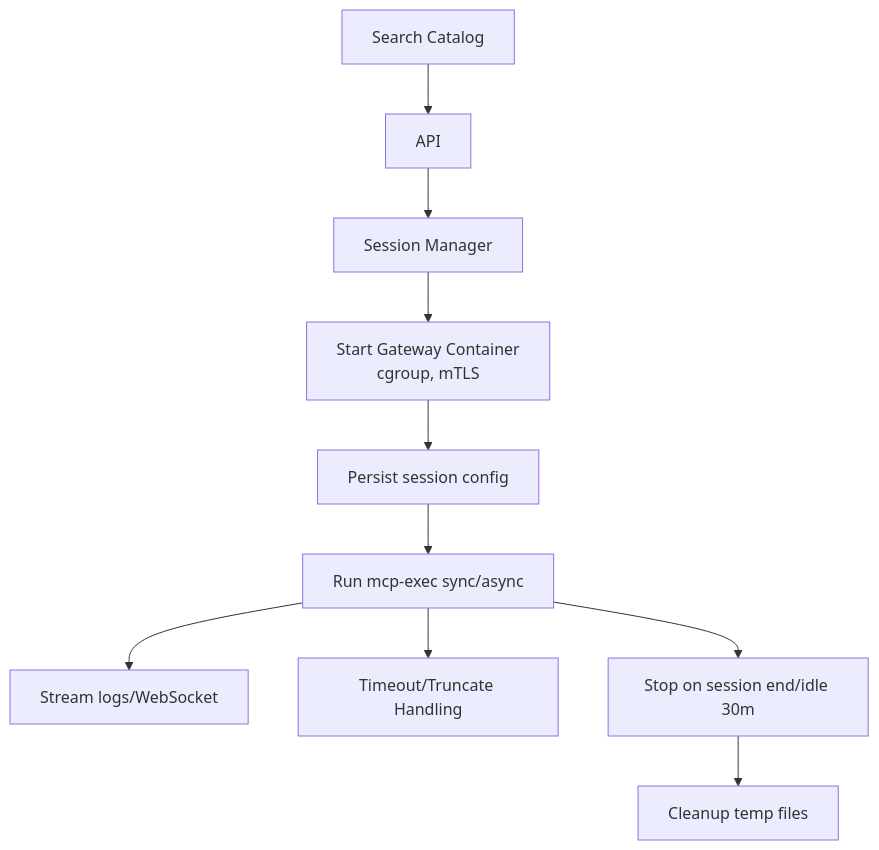
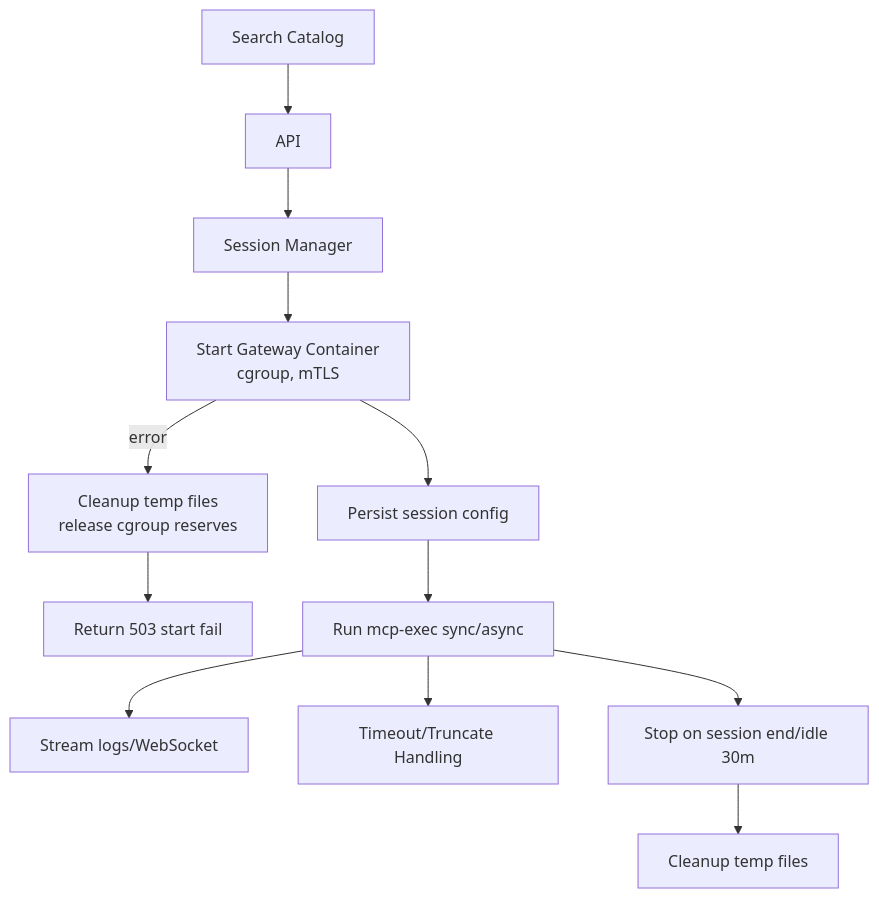
One commit to yohi/docker-mcp-gateway-web-console changed the third of 6 diagrams in .kiro/specs/mcp-catalog-enhancements/design.md. Above: the diagram before and after it, drawn with Mermaid. The commit also changed other lines of this file, not shown here.

Commit message:
feat: Refine MCP catalog enhancements design document by clarifying key design decisions, including token storage strategies, session management, and signature verification modes, while ensuring comprehensive error handling and rollback strategies for improved operational security.

````diff
--- a/.kiro/specs/mcp-catalog-enhancements/design.md
+++ b/.kiro/specs/mcp-catalog-enhancements/design.md
@@ -110,12 +110,14 @@
 ```mermaid
 graph TB
 Search[Search Catalog] --> API
 API --> SessionMgr[Session Manager]
 SessionMgr --> Start[Start Gateway Container\ncgroup, mTLS]
 Start --> StoreCfg[Persist session config]
+Start -->|error| Rollback[Cleanup temp files\nrelease cgroup reserves]
+Rollback --> Error[Return 503 start fail]
 StoreCfg --> Exec[Run mcp-exec sync/async]
 Exec --> Logs[Stream logs/WebSocket]
 Exec --> Timeout[Timeout/Truncate Handling]
 Exec --> Stop[Stop on session end/idle 30m]
 Stop --> Cleanup[Cleanup temp files]
 ```
````
